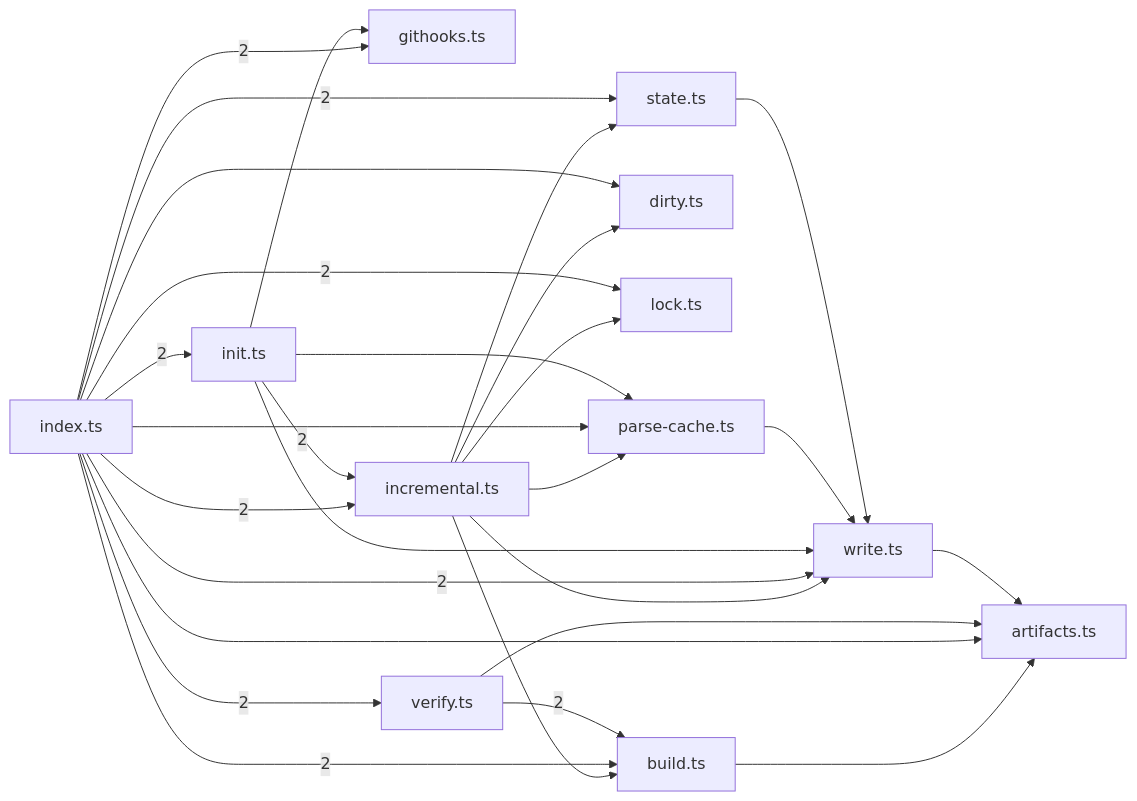
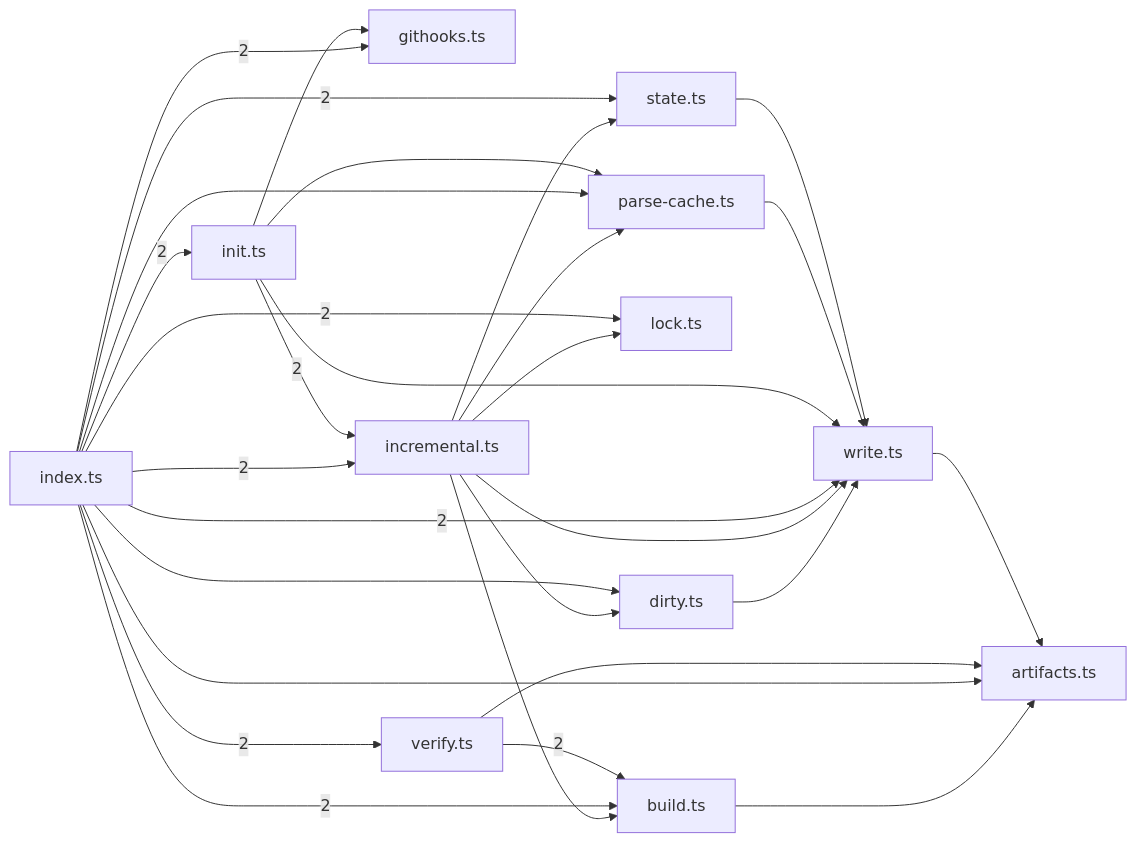
Before and after one commit to sns45/greplost: the diagram in .greplost/packages/greplost__sync/MAP.md, drawn with Mermaid. The commit also changed other lines of this file and 11 other files, not shown here.

````diff
--- a/.greplost/packages/greplost__sync/MAP.md
+++ b/.greplost/packages/greplost__sync/MAP.md
@@ -44,42 +44,43 @@
 ```mermaid
 graph LR
   packages_sync_src_artifacts_ts["artifacts.ts"]
   packages_sync_src_build_ts["build.ts"]
   packages_sync_src_dirty_ts["dirty.ts"]
   packages_sync_src_githooks_ts["githooks.ts"]
   packages_sync_src_incremental_ts["incremental.ts"]
   packages_sync_src_index_ts["index.ts"]
   packages_sync_src_init_ts["init.ts"]
   packages_sync_src_lock_ts["lock.ts"]
   packages_sync_src_parse_cache_ts["parse-cache.ts"]
   packages_sync_src_state_ts["state.ts"]
   packages_sync_src_verify_ts["verify.ts"]
   packages_sync_src_write_ts["write.ts"]
   packages_sync_src_build_ts --> packages_sync_src_artifacts_ts
+  packages_sync_src_dirty_ts --> packages_sync_src_write_ts
   packages_sync_src_incremental_ts --> packages_sync_src_build_ts
   packages_sync_src_incremental_ts --> packages_sync_src_dirty_ts
   packages_sync_src_incremental_ts --> packages_sync_src_lock_ts
   packages_sync_src_incremental_ts --> packages_sync_src_parse_cache_ts
   packages_sync_src_incremental_ts --> packages_sync_src_state_ts
   packages_sync_src_incremental_ts --> packages_sync_src_write_ts
   packages_sync_src_index_ts --> packages_sync_src_artifacts_ts
   packages_sync_src_index_ts -->|2| packages_sync_src_build_ts
   packages_sync_src_index_ts --> packages_sync_src_dirty_ts
   packages_sync_src_index_ts -->|2| packages_sync_src_githooks_ts
   packages_sync_src_index_ts -->|2| packages_sync_src_incremental_ts
   packages_sync_src_index_ts -->|2| packages_sync_src_init_ts
   packages_sync_src_index_ts -->|2| packages_sync_src_lock_ts
   packages_sync_src_index_ts --> packages_sync_src_parse_cache_ts
   packages_sync_src_index_ts -->|2| packages_sync_src_state_ts
   packages_sync_src_index_ts -->|2| packages_sync_src_verify_ts
   packages_sync_src_index_ts -->|2| packages_sync_src_write_ts
   packages_sync_src_init_ts --> packages_sync_src_githooks_ts
   packages_sync_src_init_ts -->|2| packages_sync_src_incremental_ts
   packages_sync_src_init_ts --> packages_sync_src_parse_cache_ts
   packages_sync_src_init_ts --> packages_sync_src_write_ts
   packages_sync_src_parse_cache_ts --> packages_sync_src_write_ts
   packages_sync_src_state_ts --> packages_sync_src_write_ts
   packages_sync_src_verify_ts --> packages_sync_src_artifacts_ts
   packages_sync_src_verify_ts -->|2| packages_sync_src_build_ts
   packages_sync_src_write_ts --> packages_sync_src_artifacts_ts
 ```
````
